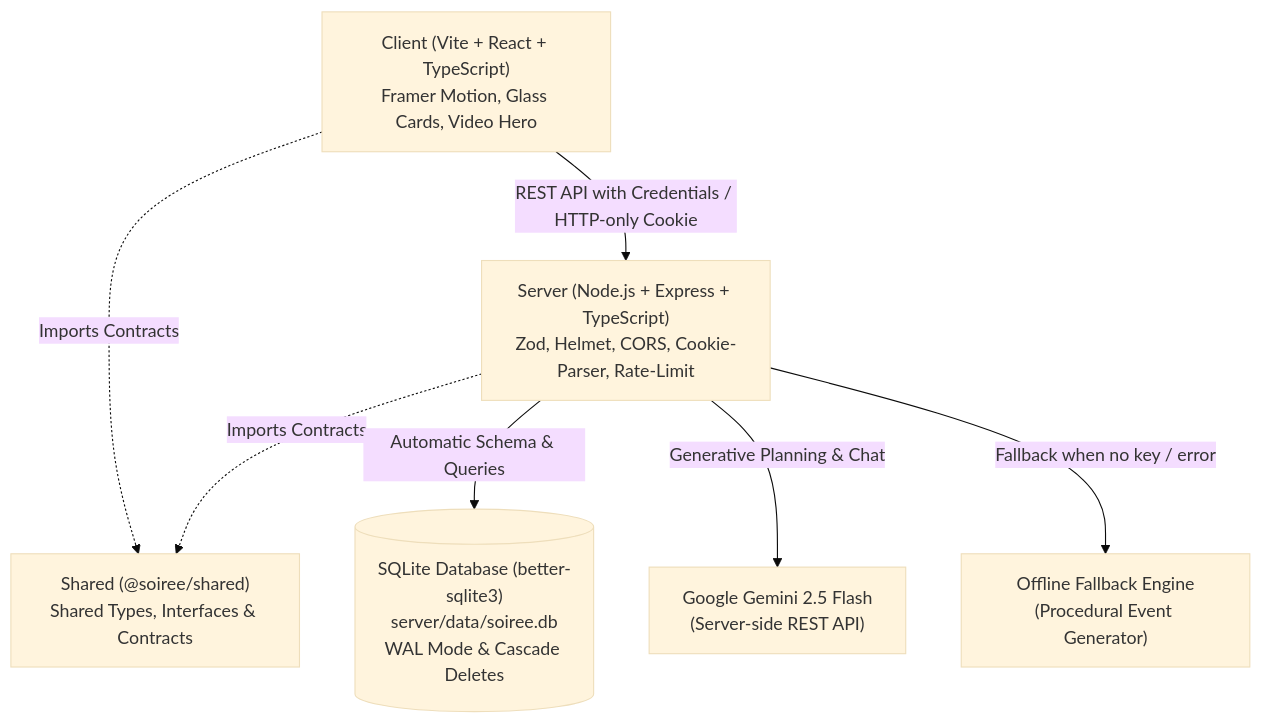
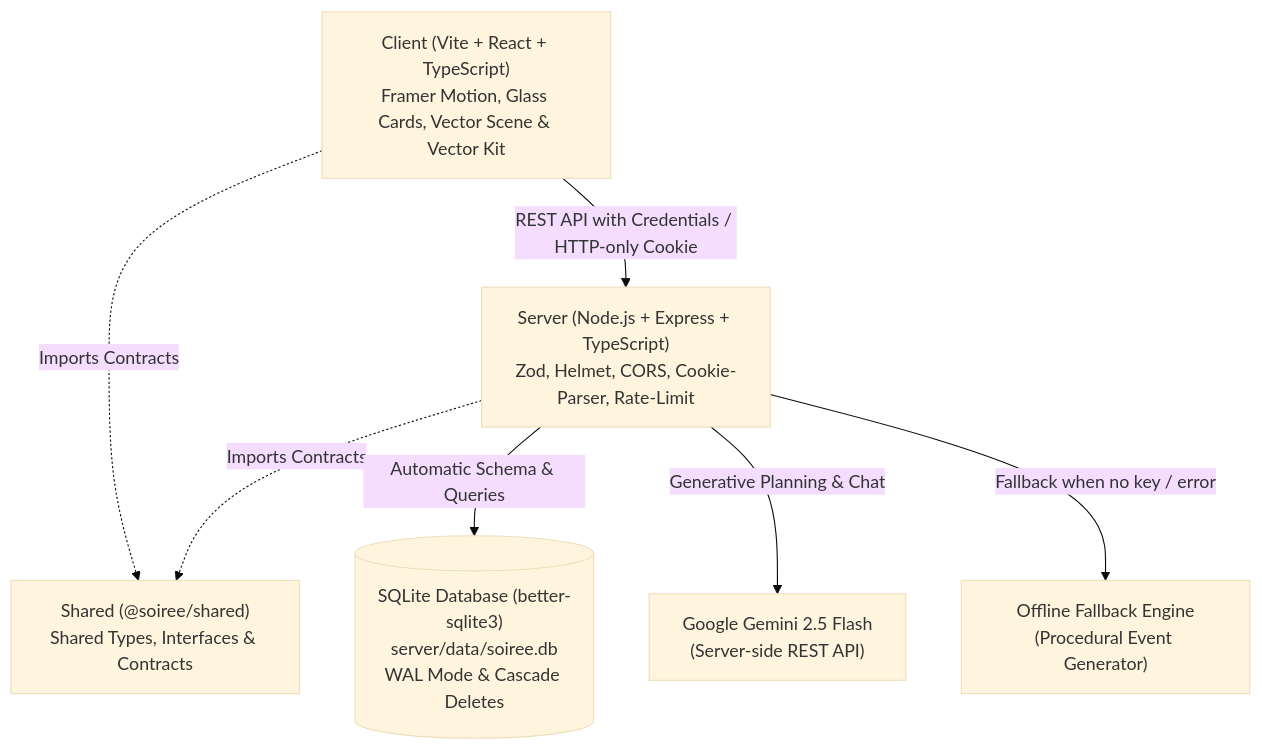
Before and after one commit to http-pruthvi/PromptWarsC5: the diagram in README.md, drawn with Mermaid (base theme). The commit also changed other lines of this file and 17 other files, not shown here.

Commit message:
refactor: integrate vector kit and scene, isolate test DB, add mobile drawer, production guards and updated docs

````diff
--- a/README.md
+++ b/README.md
@@ -24,16 +43,16 @@
 ```mermaid
 graph TD
-    Client["Client (Vite + React + TypeScript)<br/>Framer Motion, Glass Cards, Video Hero"]
+    Client["Client (Vite + React + TypeScript)<br/>Framer Motion, Glass Cards, Vector Scene & Vector Kit"]
     Server["Server (Node.js + Express + TypeScript)<br/>Zod, Helmet, CORS, Cookie-Parser, Rate-Limit"]
     Shared["Shared (@soiree/shared)<br/>Shared Types, Interfaces & Contracts"]
     DB[("SQLite Database (better-sqlite3)<br/>server/data/soiree.db<br/>WAL Mode & Cascade Deletes")]
     Gemini["Google Gemini 2.5 Flash<br/>(Server-side REST API)"]
     OfflineEngine["Offline Fallback Engine<br/>(Procedural Event Generator)"]
 
     Client -->|REST API with Credentials / HTTP-only Cookie| Server
     Client -.->|Imports Contracts| Shared
     Server -.->|Imports Contracts| Shared
     Server -->|Automatic Schema & Queries| DB
     Server -->|Generative Planning & Chat| Gemini
     Server -->|Fallback when no key / error| OfflineEngine
 ```
````
